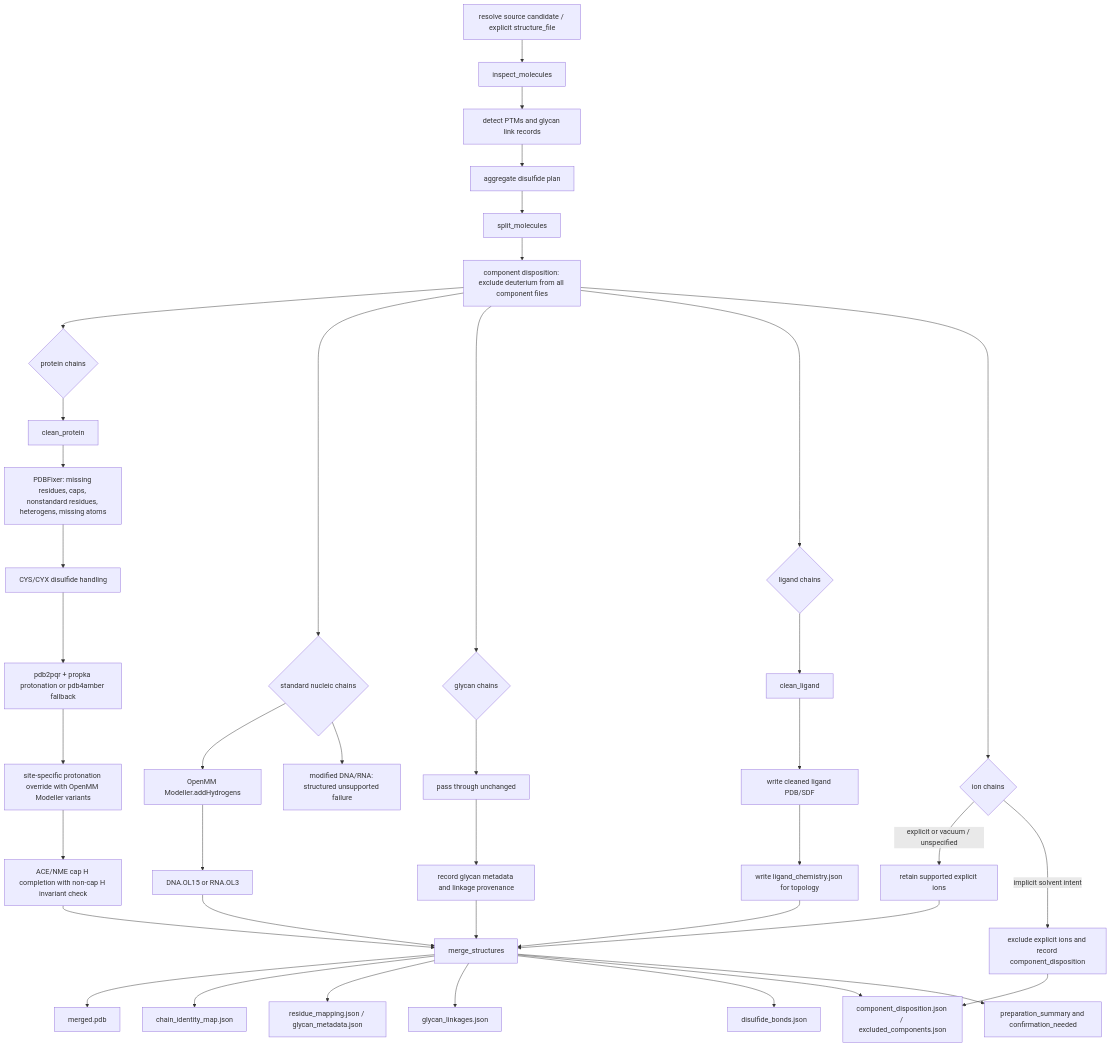
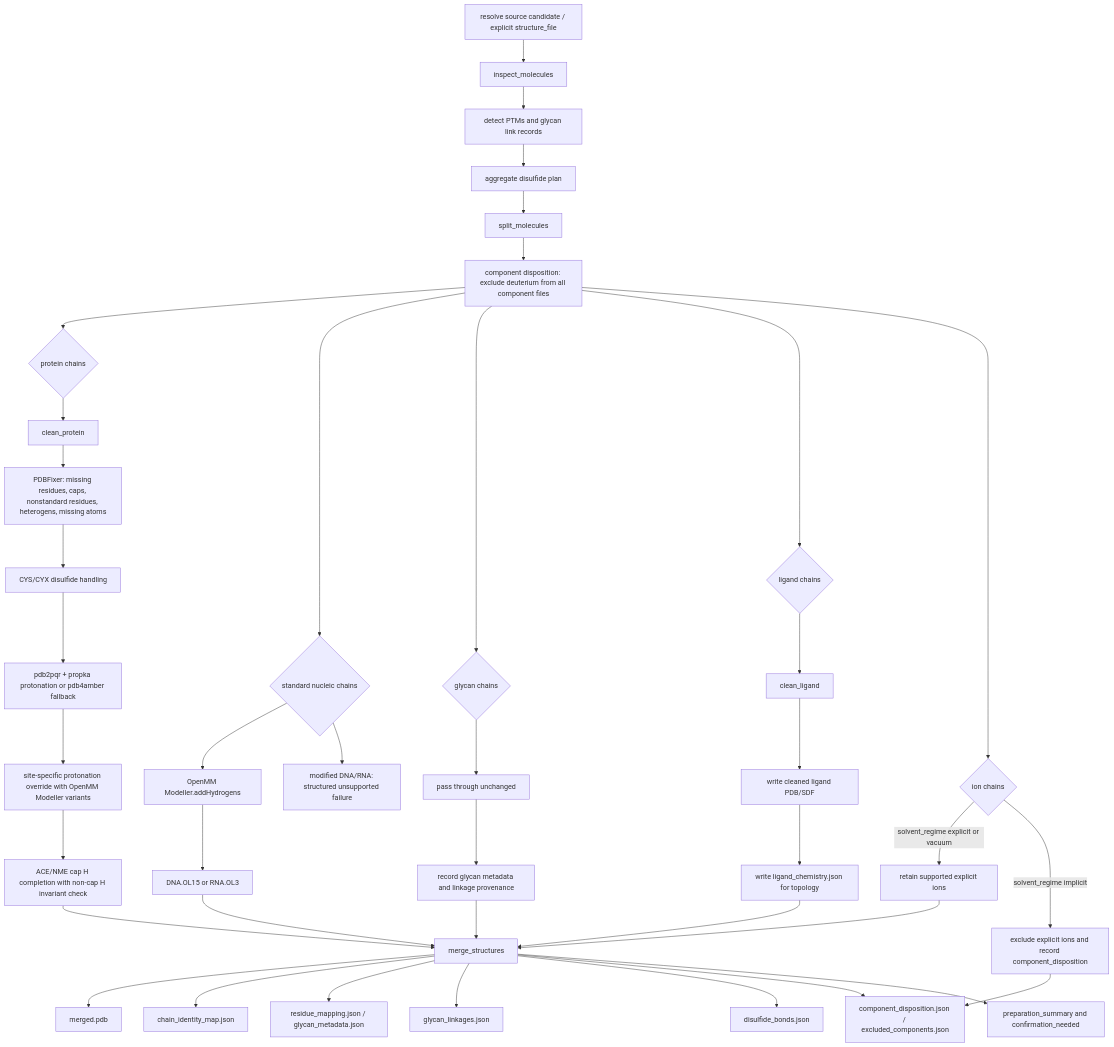
The second of 6 diagrams in docs/research/prep_workflow_flowchart.md (matsunagalab/mdclaw), drawn with Mermaid before and after one commit. The commit also changed other lines of this file and 2 other files, not shown here.

Commit message:
Show solvent regime in prep workflow diagrams

````diff
--- a/docs/research/prep_workflow_flowchart.md
+++ b/docs/research/prep_workflow_flowchart.md
@@ -77,49 +84,49 @@
 ```mermaid
 flowchart TD
   A["resolve source candidate / explicit structure_file"] --> B["inspect_molecules"]
   B --> C["detect PTMs and glycan link records"]
   C --> D["aggregate disulfide plan"]
   D --> E["split_molecules"]
   E --> X["component disposition: exclude deuterium from all component files"]
 
   X --> P{"protein chains"}
   P --> P1["clean_protein"]
   P1 --> P3["PDBFixer: missing residues, caps, nonstandard residues, heterogens, missing atoms"]
   P3 --> P4["CYS/CYX disulfide handling"]
   P4 --> P5["pdb2pqr + propka protonation or pdb4amber fallback"]
   P5 --> P6["site-specific protonation override with OpenMM Modeller variants"]
   P6 --> P7["ACE/NME cap H completion with non-cap H invariant check"]
 
   X --> N{"standard nucleic chains"}
   N --> N1["OpenMM Modeller.addHydrogens"]
   N1 --> N2["DNA.OL15 or RNA.OL3"]
   N --> N3["modified DNA/RNA: structured unsupported failure"]
 
   X --> G{"glycan chains"}
   G --> G1["pass through unchanged"]
   G1 --> G2["record glycan metadata and linkage provenance"]
 
   X --> L{"ligand chains"}
   L --> L1["clean_ligand"]
   L1 --> L2["write cleaned ligand PDB/SDF"]
   L2 --> L3["write ligand_chemistry.json for topology"]
 
   X --> I{"ion chains"}
-  I -->|"explicit or vacuum / unspecified"| I1["retain supported explicit ions"]
-  I -->|"implicit solvent intent"| I2["exclude explicit ions and record component_disposition"]
+  I -->|"solvent_regime explicit or vacuum"| I1["retain supported explicit ions"]
+  I -->|"solvent_regime implicit"| I2["exclude explicit ions and record component_disposition"]
 
   P7 --> M["merge_structures"]
   N2 --> M
   G2 --> M
   L3 --> M
   I1 --> M
   I2 --> O5
 
   M --> O["merged.pdb"]
   M --> O1["chain_identity_map.json"]
   M --> O2["residue_mapping.json / glycan_metadata.json"]
   M --> O3["glycan_linkages.json"]
   M --> O4["disulfide_bonds.json"]
   M --> O5["component_disposition.json / excluded_components.json"]
   M --> O6["preparation_summary and confirmation_needed"]
 ```
````
